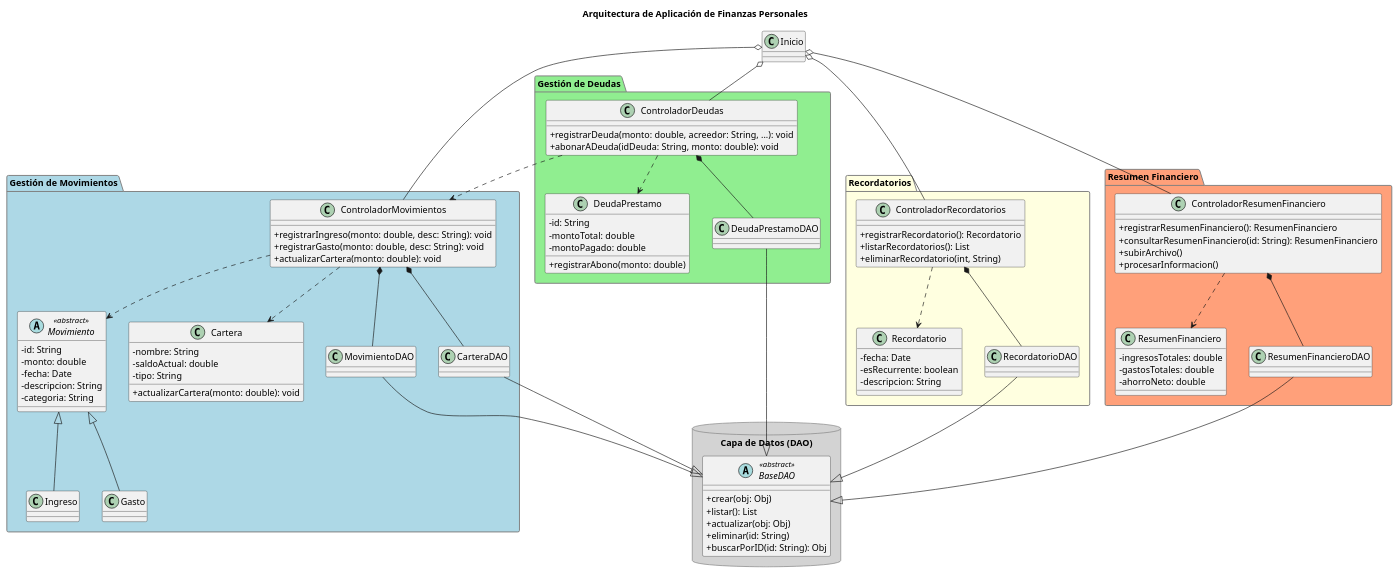
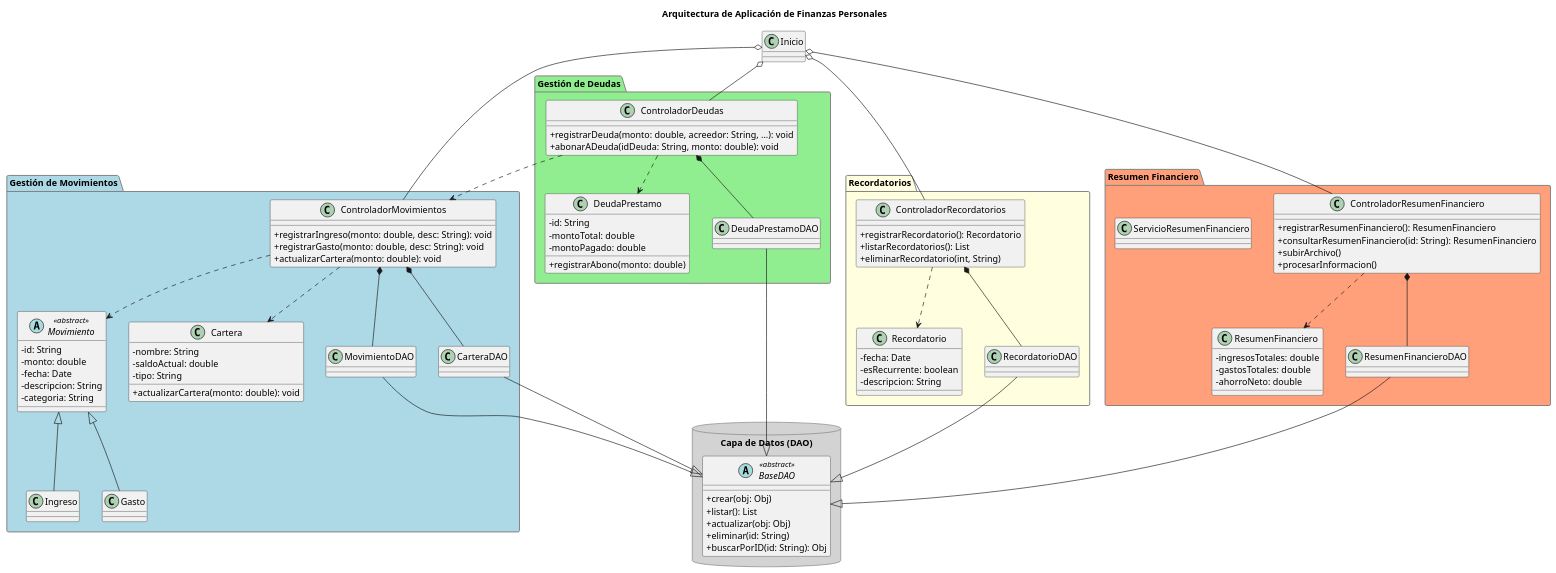
Before and after one commit to GregorySD1707/GR01_1BT3_622_25B: the diagram in diagramas/DiagramaDeClases.puml, drawn with PlantUML. The commit also changed 14 other files, not shown here.

```diff
--- a/diagramas/DiagramaDeClases.puml
+++ b/diagramas/DiagramaDeClases.puml
@@ -1,159 +1,162 @@
 @startuml
 
 ' Título del Diagrama
 title Arquitectura de Aplicación de Finanzas Personales
 
 ' --- Configuración Visual ---
 skinparam classAttributeIconSize 0
 skinparam package {
   BackgroundColor LightGray
   BorderColor Gray
 }
 
 ' --- Capa de Acceso a Datos (Base) ---
 package "Capa de Datos (DAO)" <<Database>> {
   abstract class BaseDAO <<abstract>> {
     + crear(obj: Obj)
     + listar(): List
     + actualizar(obj: Obj)
     + eliminar(id: String)
     + buscarPorID(id: String): Obj
   }
 }
 
 ' --- Módulo Principal de la Aplicación ---
 class Inicio
 
 ' --- Módulo de Movimientos ---
 package "Gestión de Movimientos" #LightBlue {
   class ControladorMovimientos {
     + registrarIngreso(monto: double, desc: String): void
     + registrarGasto(monto: double, desc: String): void
     + actualizarCartera(monto: double): void
   }
 
   abstract class Movimiento <<abstract>> {
     - id: String
     - monto: double
     - fecha: Date
     - descripcion: String
     - categoria: String
   }
 
   class Ingreso
   class Gasto
 
   class Cartera {
     - nombre: String
     - saldoActual: double
     - tipo: String
     + actualizarCartera(monto: double): void
   }
 
   ' DAOs del módulo
   class MovimientoDAO
   class CarteraDAO
 }
 
 ' --- Módulo de Deudas ---
 package "Gestión de Deudas" #LightGreen {
   class ControladorDeudas {
     + registrarDeuda(monto: double, acreedor: String, ...): void
     + abonarADeuda(idDeuda: String, monto: double): void
   }
 
   class DeudaPrestamo {
     - id: String
     - montoTotal: double
     - montoPagado: double
     + registrarAbono(monto: double)
   }
 
   ' DAO del módulo
   class DeudaPrestamoDAO
 }
 
 ' --- Módulo de Recordatorios ---
 package "Recordatorios" #LightYellow {
   class ControladorRecordatorios {
     + registrarRecordatorio(): Recordatorio
     + listarRecordatorios(): List
     + eliminarRecordatorio(int, String)
   }
 
   class Recordatorio {
     - fecha: Date
     - esRecurrente: boolean
     - descripcion: String
   }
 
   ' DAO del módulo
   class RecordatorioDAO
 }
 
 ' --- Módulo de Resumen ---
 package "Resumen Financiero" #LightSalmon {
   class ControladorResumenFinanciero {
     + registrarResumenFinanciero(): ResumenFinanciero
     + consultarResumenFinanciero(id: String): ResumenFinanciero
     + subirArchivo()
     + procesarInformacion()
   }
 
+  class ServicioResumenFinanciero {
+  }
+
   class ResumenFinanciero {
     - ingresosTotales: double
     - gastosTotales: double
     - ahorroNeto: double
   }
 
   ' DAO del módulo
   class ResumenFinancieroDAO
 }
 
 
 ' ===================================
 '      DEFINICIÓN DE RELACIONES
 ' ===================================
 
 ' --- Relaciones del Nivel Superior (Inicio -> Controladores) ---
 Inicio o-- ControladorMovimientos
 Inicio o-- ControladorDeudas
 Inicio o-- ControladorRecordatorios
 Inicio o-- ControladorResumenFinanciero
 
 
 ' --- Relaciones dentro del paquete de Movimientos ---
 ControladorMovimientos ..> Movimiento
 ControladorMovimientos ..> Cartera
 ControladorMovimientos *-- MovimientoDAO
 ControladorMovimientos *-- CarteraDAO
 Movimiento <|-- Ingreso
 Movimiento <|-- Gasto
 
 
 ' --- Relaciones dentro del paquete de Deudas ---
 ControladorDeudas ..> DeudaPrestamo
 ControladorDeudas *-- DeudaPrestamoDAO
 
 
 ' --- Relaciones dentro de otros paquetes ---
 ControladorRecordatorios ..> Recordatorio
 ControladorRecordatorios *-- RecordatorioDAO
 ControladorResumenFinanciero ..> ResumenFinanciero
 ControladorResumenFinanciero *-- ResumenFinancieroDAO
 
 
 ' --- Relaciones ENTRE paquetes (Colaboraciones) ---
 ' Pagar una deuda USA el controlador de movimientos para registrar el gasto
 ControladorDeudas ..> ControladorMovimientos
 
 
 ' --- Herencia de la Capa de Datos (DAO) ---
 MovimientoDAO --|> BaseDAO
 CarteraDAO --|> BaseDAO
 DeudaPrestamoDAO --|> BaseDAO
 RecordatorioDAO --|> BaseDAO
 ResumenFinancieroDAO --|> BaseDAO
 
 
 @enduml
```
